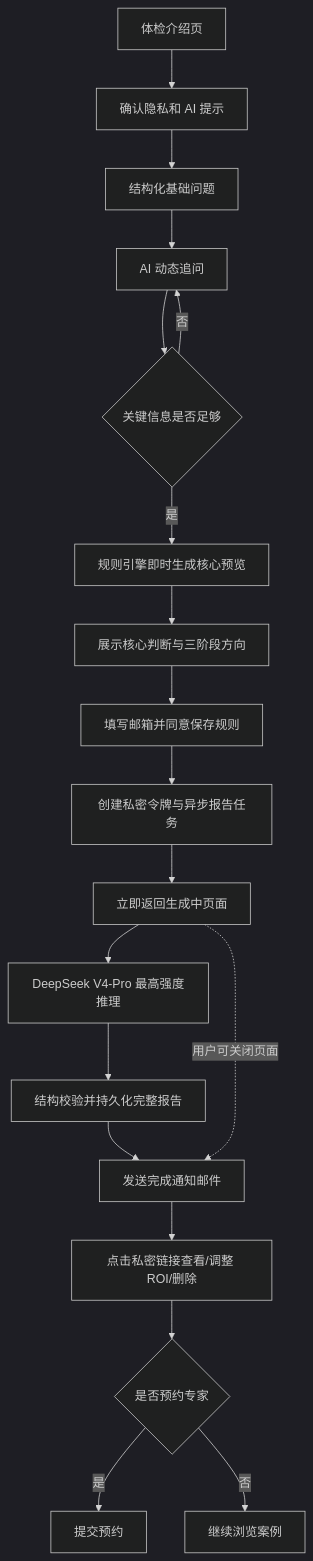
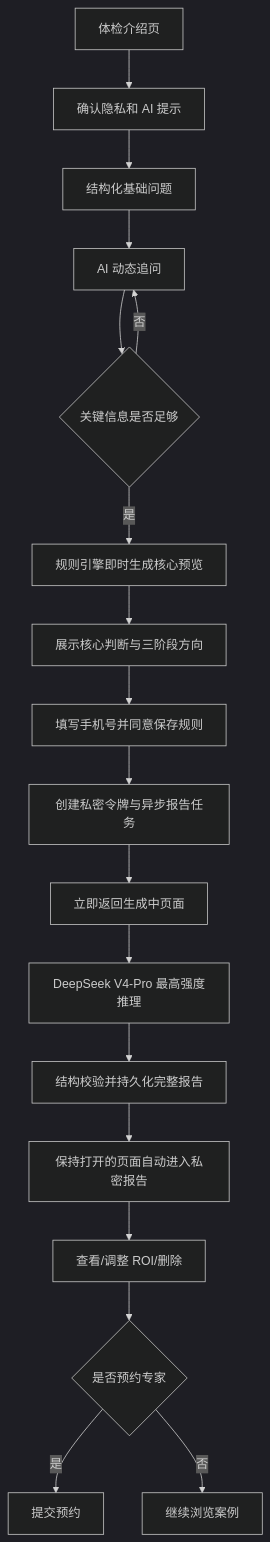
The first of 2 diagrams in prd/04-AI企业体检.md (MrLing864/aianliku), drawn with Mermaid (dark theme) before and after one commit. The commit also changed other lines of this file and 652 other files, not shown here.

````diff
--- a/prd/04-AI企业体检.md
+++ b/prd/04-AI企业体检.md
@@ -36,21 +35,20 @@
 ```mermaid
 flowchart TD
     A[体检介绍页] --> B[确认隐私和 AI 提示]
     B --> C[结构化基础问题]
     C --> D[AI 动态追问]
     D --> E{关键信息是否足够}
     E -- 否 --> D
     E -- 是 --> F[规则引擎即时生成核心预览]
     F --> G[展示核心判断与三阶段方向]
-    G --> H[填写邮箱并同意保存规则]
+    G --> H[填写手机号并同意保存规则]
     H --> I[创建私密令牌与异步报告任务]
     I --> J[立即返回生成中页面]
     J --> K[DeepSeek V4-Pro 最高强度推理]
     K --> L[结构校验并持久化完整报告]
-    L --> M[发送完成通知邮件]
-    M --> N[点击私密链接查看/调整 ROI/删除]
-    J -. 用户可关闭页面 .-> M
+    L --> M[保持打开的页面自动进入私密报告]
+    M --> N[查看/调整 ROI/删除]
     N --> O{是否预约专家}
     O -- 是 --> P[提交预约]
     O -- 否 --> Q[继续浏览案例]
 ```
````
